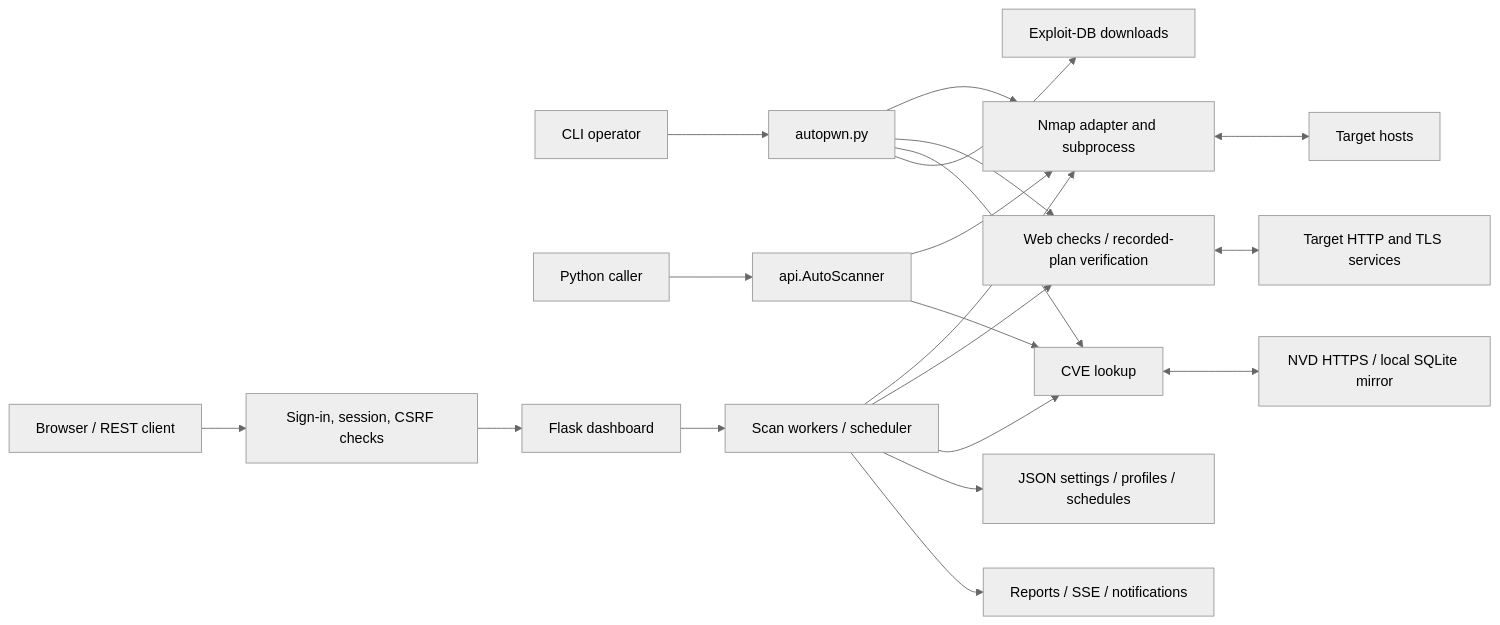
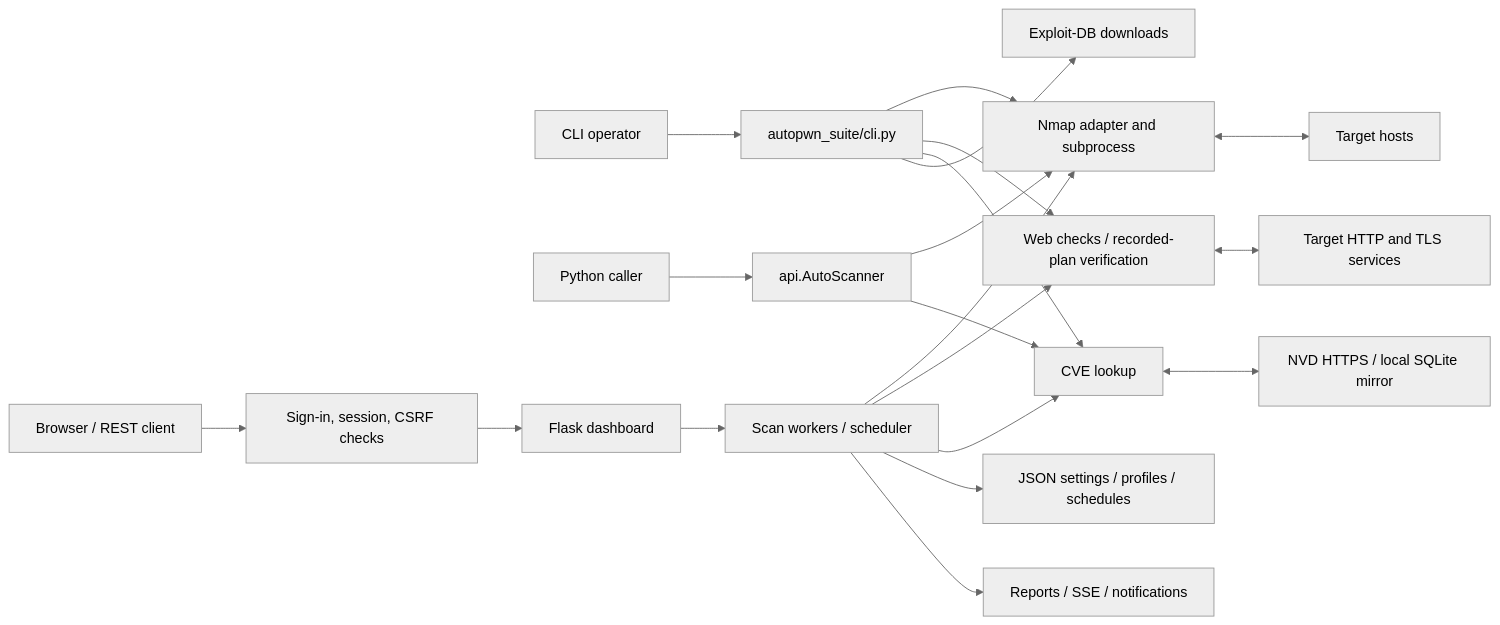
One commit to GamehunterKaan/AutoPWN-Suite changed the diagram in docs/ARCHITECTURE.md. Above: the diagram before and after it, drawn with Mermaid (neutral theme). The commit also changed other lines of this file and 161 other files, not shown here.

First line of the commit message:
Move the code into an installable autopwn_suite package

````diff
--- a/docs/ARCHITECTURE.md
+++ b/docs/ARCHITECTURE.md
@@ -25,22 +25,22 @@
 ```mermaid
 flowchart LR
-  CLI[CLI operator] --> Main[autopwn.py]
+  CLI[CLI operator] --> Main[autopwn_suite/cli.py]
   Caller[Python caller] --> API[api.AutoScanner]
   Browser[Browser / REST client] --> Auth[Sign-in, session, CSRF checks]
   Auth --> Web[Flask dashboard]
   Web --> Workers[Scan workers / scheduler]
   Main --> Adapter[Nmap adapter and subprocess]
   API --> Adapter
   Workers --> Adapter
   Adapter <--> Targets[Target hosts]
   Workers --> HTTP[Web checks / recorded-plan verification]
   Main --> HTTP
   HTTP <--> Websites[Target HTTP and TLS services]
   Main --> Lookup[CVE lookup]
   API --> Lookup
   Workers --> Lookup
   Lookup <--> NVD[NVD HTTPS / local SQLite mirror]
   Main --> Exploits[Exploit-DB downloads]
   Workers --> State[JSON settings / profiles / schedules]
   Workers --> Reports[Reports / SSE / notifications]
 ```
````
